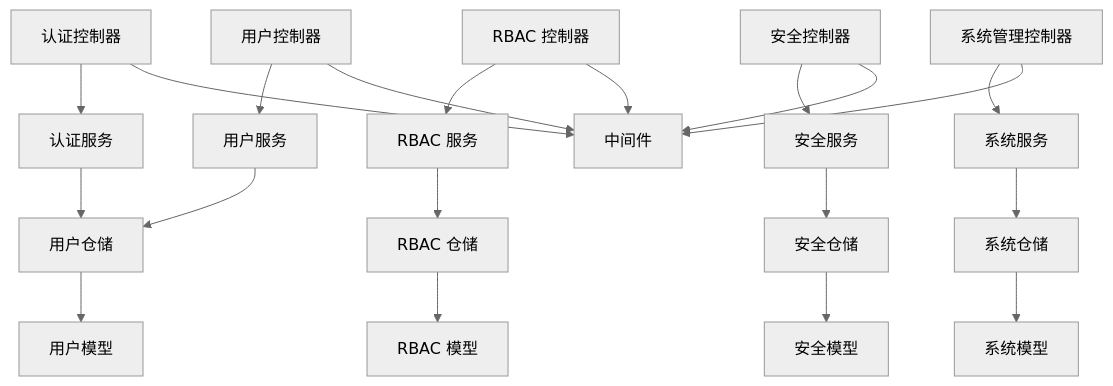
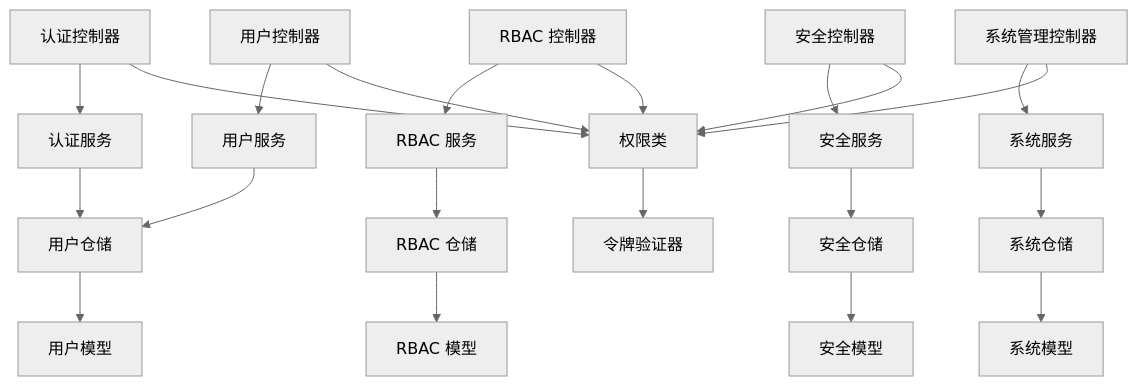
Before and after one commit to taoweidong/Hello-Django-Ninja-Api: the third of 3 diagrams in .qoder/repowiki/zh/content/API 接口文档/API 接口文档.md, drawn with Mermaid (neutral theme). The commit also changed other lines of this file and 7 other files, not shown here.

````diff
--- a/.qoder/repowiki/zh/content/API 接口文档/API 接口文档.md
+++ b/.qoder/repowiki/zh/content/API 接口文档/API 接口文档.md
@@ -309,22 +337,23 @@
 ```mermaid
 graph TB
 CtrlAuth["认证控制器"] --> SvcAuth["认证服务"]
 CtrlUser["用户控制器"] --> SvcUser["用户服务"]
 CtrlRbac["RBAC 控制器"] --> SvcRbac["RBAC 服务"]
 CtrlSec["安全控制器"] --> SvcSec["安全服务"]
 CtrlSys["系统管理控制器"] --> SvcSys["系统服务"]
 SvcAuth --> RepoUser["用户仓储"]
 SvcUser --> RepoUser
 SvcRbac --> RepoRbac["RBAC 仓储"]
 SvcSec --> RepoSec["安全仓储"]
 SvcSys --> RepoSys["系统仓储"]
 RepoUser --> ModelUser["用户模型"]
 RepoRbac --> ModelRbac["RBAC 模型"]
 RepoSec --> ModelSec["安全模型"]
 RepoSys --> ModelSys["系统模型"]
-CtrlAuth --> Mid["中间件"]
-CtrlUser --> Mid
-CtrlRbac --> Mid
-CtrlSec --> Mid
-CtrlSys --> Mid
+CtrlAuth --> Permissions["权限类"]
+CtrlUser --> Permissions
+CtrlRbac --> Permissions
+CtrlSec --> Permissions
+CtrlSys --> Permissions
+Permissions --> TokenValidator["令牌验证器"]
 ```
````
